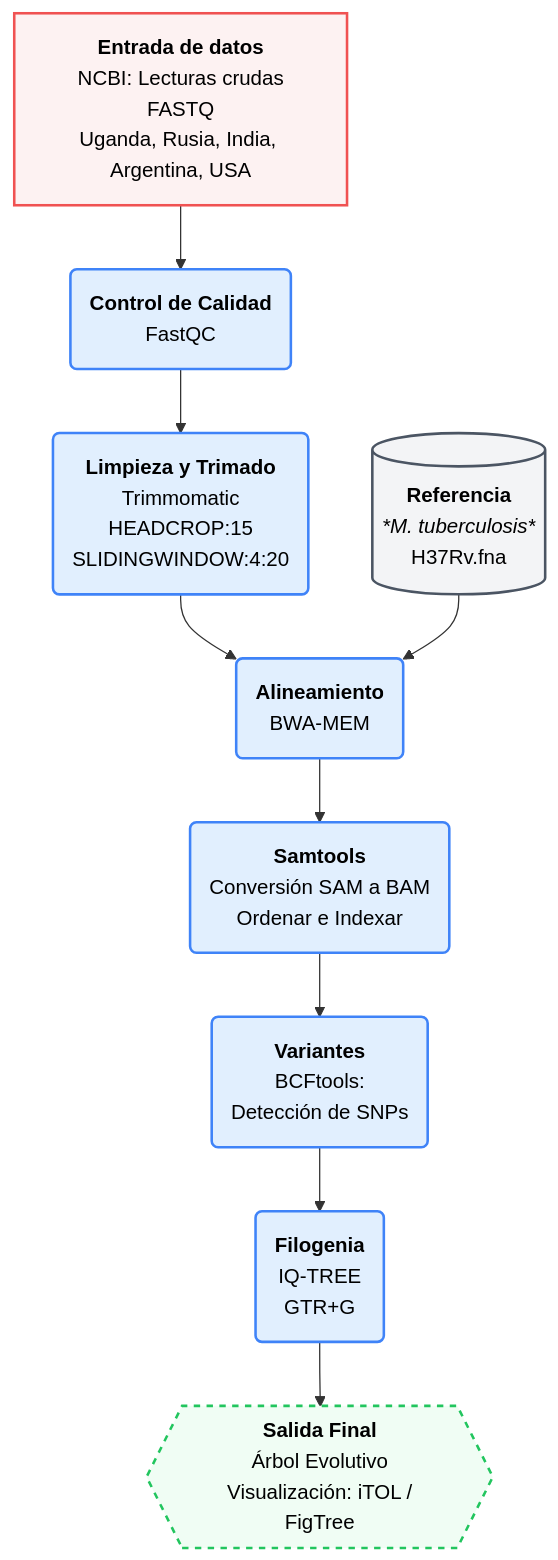
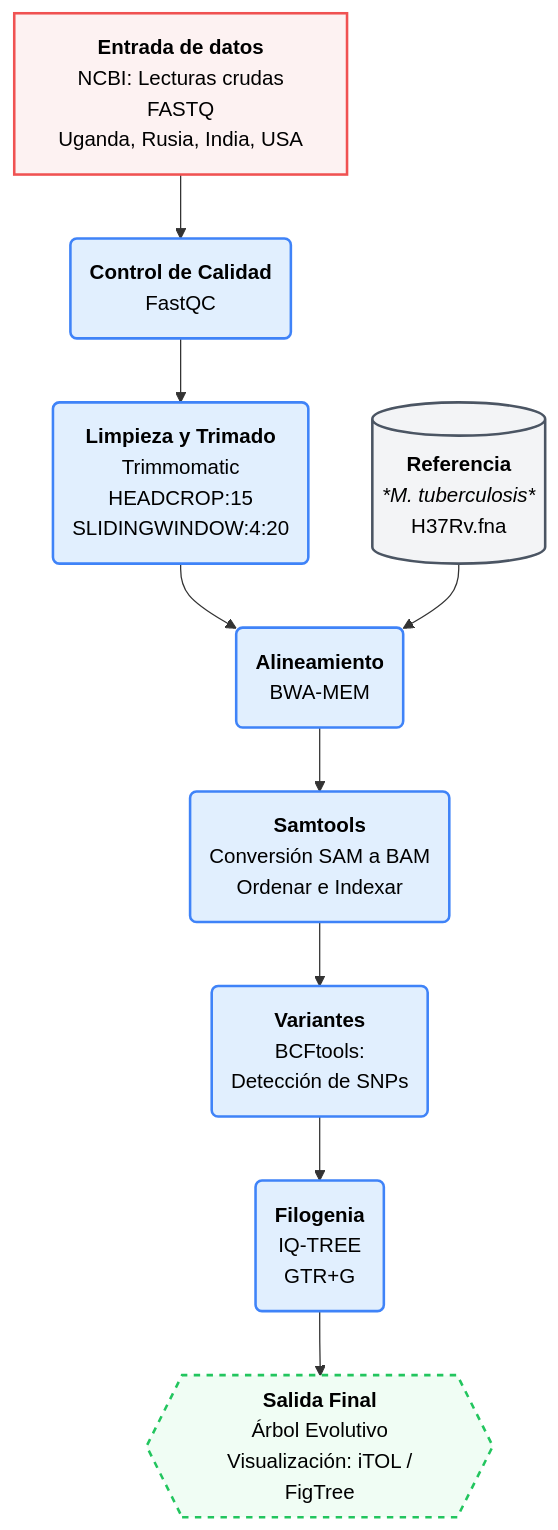
One commit to lauraperezm2912/MBM_G2 changed the diagram in README.md. Above: the diagram before and after it, drawn with Mermaid.

Commit message:
Remove Argentina from data entry section

````diff
--- a/README.md
+++ b/README.md
@@ -21,38 +21,38 @@
 ```mermaid
 graph TB
     %% Definición de Estilos (Tus colores originales)
     classDef input fill:#fdf2f2,stroke:#f05252,stroke-width:2px,color:#000;
     classDef process fill:#e1effe,stroke:#3f83f8,stroke-width:2px,color:#000;
     classDef reference fill:#f3f4f6,stroke:#4b5563,stroke-width:2px,color:#000;
     classDef output fill:#f0fdf4,stroke:#22c55e,stroke-width:2px,color:#000,stroke-dasharray: 5 5;
 
     %% Nivel 1: Entrada
-    Raw[<b>Entrada de datos</b><br/> NCBI: Lecturas crudas FASTQ<br/>Uganda, Rusia, India, Argentina, USA]:::input
+    Raw[<b>Entrada de datos</b><br/> NCBI: Lecturas crudas FASTQ<br/>Uganda, Rusia, India, USA]:::input
 
     %% Nivel 2: Calidad
     FQC(<b>Control de Calidad</b><br/>FastQC):::process
     Trim(<b>Limpieza y Trimado</b><br/>Trimmomatic<br/>HEADCROP:15<br/>SLIDINGWINDOW:4:20):::process
 
     %% Nivel 3: Alineamiento
     Ref[(<b>Referencia</b><br/><i>*M. tuberculosis*</i><br/>H37Rv.fna)]:::reference
     Map(<b>Alineamiento</b><br/>BWA-MEM):::process
 
     %% Nivel 4: Post-procesamiento
     SAM(<b>Samtools</b><br/> Conversión SAM a BAM<br/>Ordenar e Indexar):::process
     VCF(<b>Variantes</b><br/>BCFtools:<br/>Detección de SNPs):::process
 
     %% Nivel 5: Resultado
     Phylo(<b>Filogenia</b><br/>IQ-TREE<br/>GTR+G):::process
     Tree{{<b>Salida Final</b><br/>Árbol Evolutivo<br/> Visualización: iTOL / FigTree}}:::output
 
     %% Flujo Vertical
     Raw --> FQC
     FQC --> Trim
     Trim --> Map
     Ref --> Map
     Map --> SAM
     SAM --> VCF
     VCF --> Phylo
     Phylo --> Tree  
    
 ```
````
